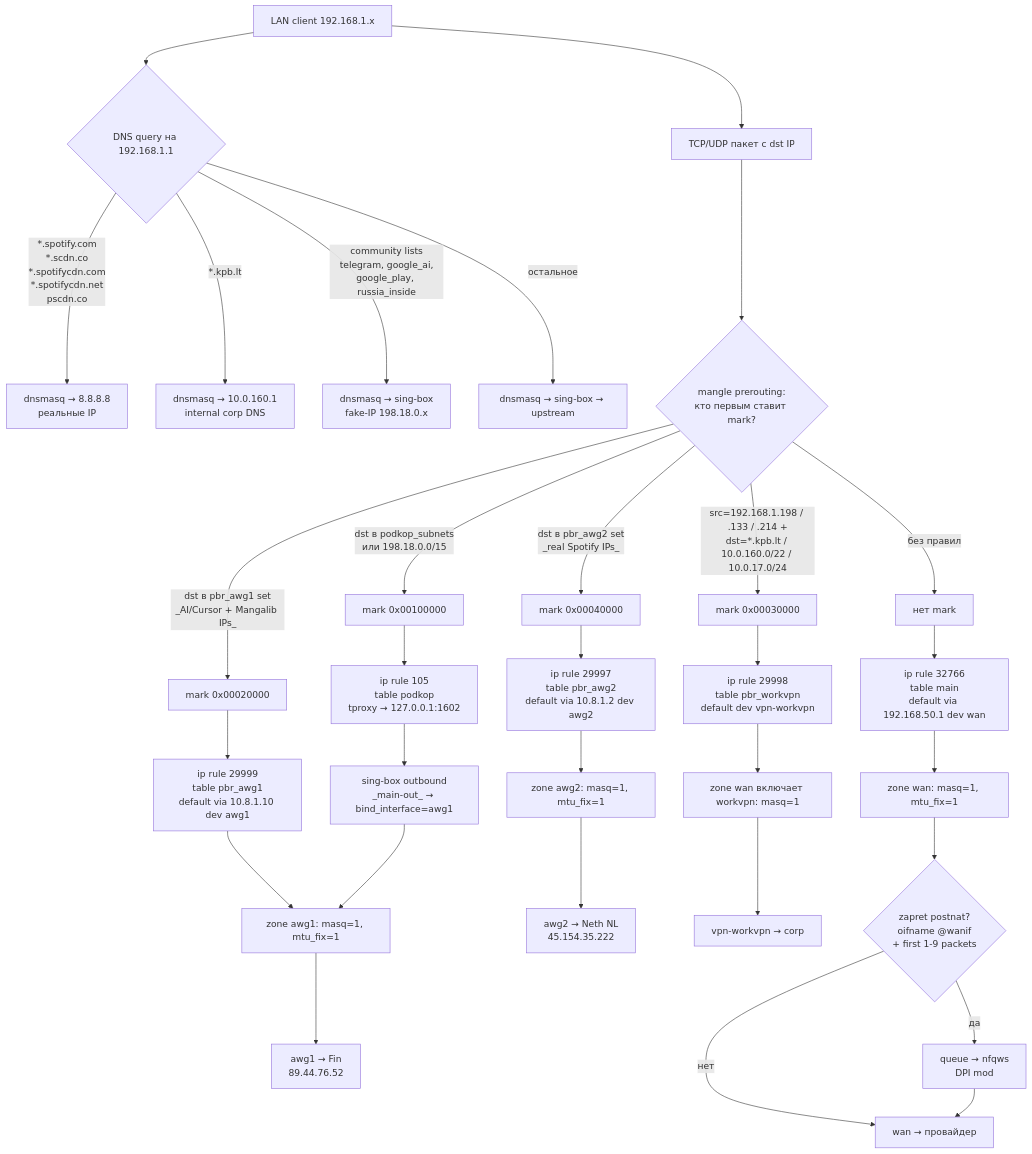
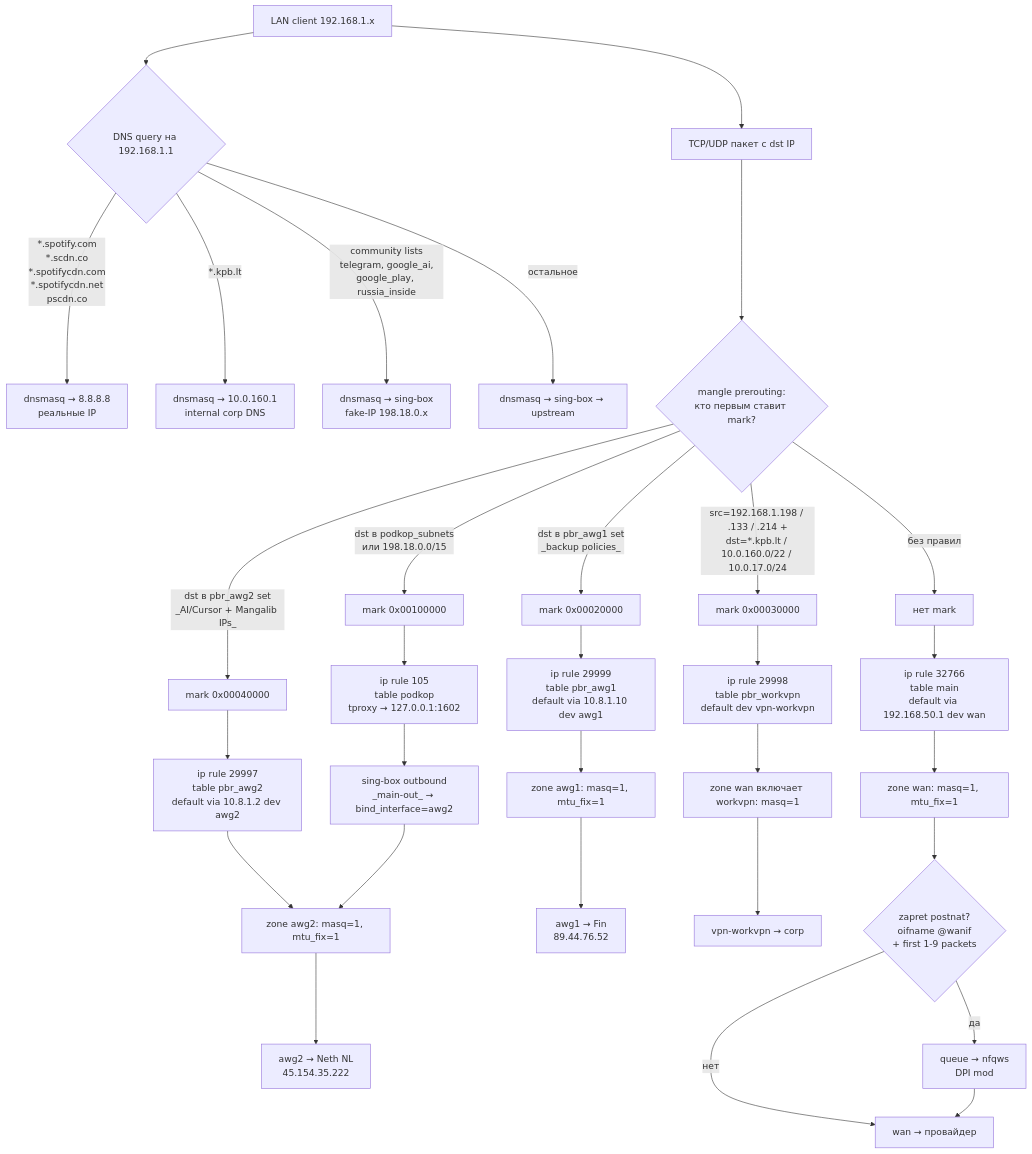
Before and after one commit to PUndef/home-server: the diagram in docs/network/router-openwrt-x3000t.md, drawn with Mermaid. The commit also changed other lines of this file and 6 other files, not shown here.

````diff
--- a/docs/network/router-openwrt-x3000t.md
+++ b/docs/network/router-openwrt-x3000t.md
@@ -69,41 +71,41 @@
 ```mermaid
 graph TD
   L[LAN client 192.168.1.x]
 
   L --> DNS{DNS query на 192.168.1.1}
   DNS -->|*.spotify.com\n*.scdn.co\n*.spotifycdn.com\n*.spotifycdn.net\npscdn.co| DNS_DIR[dnsmasq → 8.8.8.8\nреальные IP]
   DNS -->|*.kpb.lt| DNS_WORK[dnsmasq → 10.0.160.1\ninternal corp DNS]
   DNS -->|community lists\ntelegram, google_ai,\ngoogle_play, russia_inside| DNS_PD[dnsmasq → sing-box\nfake-IP 198.18.0.x]
   DNS -->|остальное| DNS_FW[dnsmasq → sing-box → upstream]
 
   L --> PKT[TCP/UDP пакет с dst IP]
 
   PKT --> MARK{mangle prerouting:\nкто первым ставит mark?}
 
-  MARK -->|dst в pbr_awg2 set\n_real Spotify IPs_| MK_AWG2[mark 0x00040000]
-  MARK -->|dst в pbr_awg1 set\n_AI/Cursor + Mangalib IPs_| MK_AWG1[mark 0x00020000]
+  MARK -->|dst в pbr_awg2 set\n_AI/Cursor + Mangalib IPs_| MK_AWG2[mark 0x00040000]
+  MARK -->|dst в pbr_awg1 set\n_backup policies_| MK_AWG1[mark 0x00020000]
   MARK -->|src=192.168.1.198 / .133 / .214 +\ndst=*.kpb.lt / 10.0.160.0/22 / 10.0.17.0/24| MK_WORK[mark 0x00030000]
   MARK -->|dst в podkop_subnets\nили 198.18.0.0/15| MK_PD[mark 0x00100000]
   MARK -->|без правил| MK_NONE[нет mark]
 
   MK_AWG2 --> R_AWG2[ip rule 29997\ntable pbr_awg2\ndefault via 10.8.1.2 dev awg2]
   MK_AWG1 --> R_AWG1[ip rule 29999\ntable pbr_awg1\ndefault via 10.8.1.10 dev awg1]
   MK_WORK --> R_WORK[ip rule 29998\ntable pbr_workvpn\ndefault dev vpn-workvpn]
   MK_PD --> R_PD[ip rule 105\ntable podkop\ntproxy → 127.0.0.1:1602]
   MK_NONE --> R_MAIN[ip rule 32766\ntable main\ndefault via 192.168.50.1 dev wan]
 
   R_AWG2 --> NAT_AWG2[zone awg2: masq=1, mtu_fix=1]
   R_AWG1 --> NAT_AWG1[zone awg1: masq=1, mtu_fix=1]
   R_WORK --> NAT_WORK[zone wan включает workvpn: masq=1]
-  R_PD --> SB[sing-box outbound\n_main-out_ → bind_interface=awg1]
-  SB --> NAT_AWG1
+  R_PD --> SB[sing-box outbound\n_main-out_ → bind_interface=awg2]
+  SB --> NAT_AWG2
   R_MAIN --> NAT_WAN[zone wan: masq=1, mtu_fix=1]
 
   NAT_AWG2 --> OUT_AWG2[awg2 → Neth NL\n45.154.35.222]
   NAT_AWG1 --> OUT_AWG1[awg1 → Fin\n89.44.76.52]
   NAT_WORK --> OUT_WORK[vpn-workvpn → corp]
   NAT_WAN --> ZAP{zapret postnat?\noifname @wanif\n+ first 1-9 packets}
   ZAP -->|да| ZQ[queue → nfqws\nDPI mod]
   ZAP -->|нет| OUT_WAN[wan → провайдер]
   ZQ --> OUT_WAN
 ```
````
